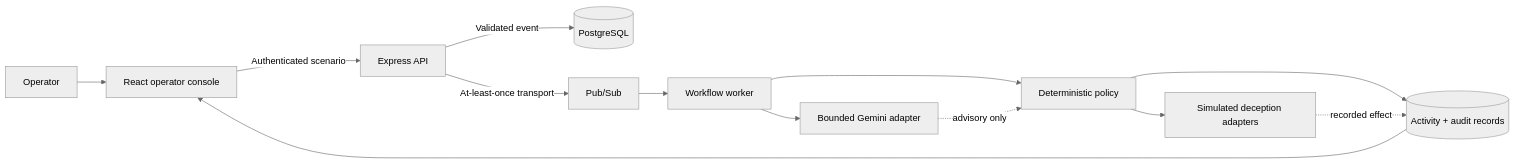
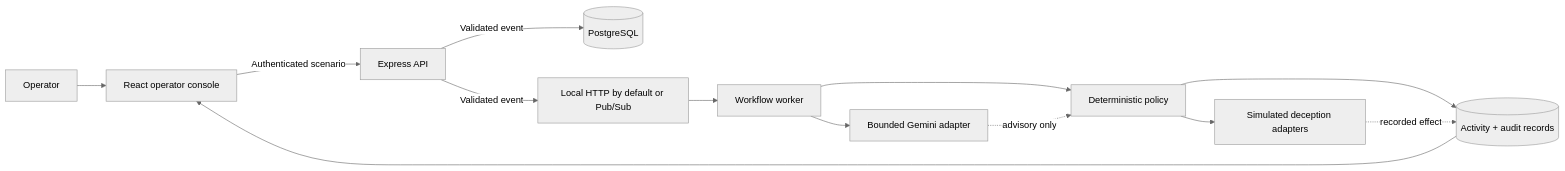
Before and after one commit to jaswalsaurabh/falseroute: the diagram in README.md, drawn with Mermaid (neutral theme). The commit also changed other lines of this file and 3 other files, not shown here.

Commit message:
docs: align public architecture documentation

````diff
--- a/README.md
+++ b/README.md
@@ -98,15 +74,15 @@
 ```mermaid
 flowchart LR
     Operator[Operator] --> Web[React operator console]
     Web -->|Authenticated scenario| API[Express API]
     API -->|Validated event| Events[(PostgreSQL)]
-    API -->|At-least-once transport| PubSub[Pub/Sub]
-    PubSub --> Worker[Workflow worker]
+    API -->|Validated event| Transport[Local HTTP by default or Pub/Sub]
+    Transport --> Worker[Workflow worker]
     Worker --> Policy[Deterministic policy]
     Worker --> Gemini[Bounded Gemini adapter]
     Gemini -. advisory only .-> Policy
     Policy --> Audit[(Activity + audit records)]
     Audit --> Web
     Policy --> Sim[Simulated deception adapters]
     Sim -. recorded effect .-> Audit
 ```
````
